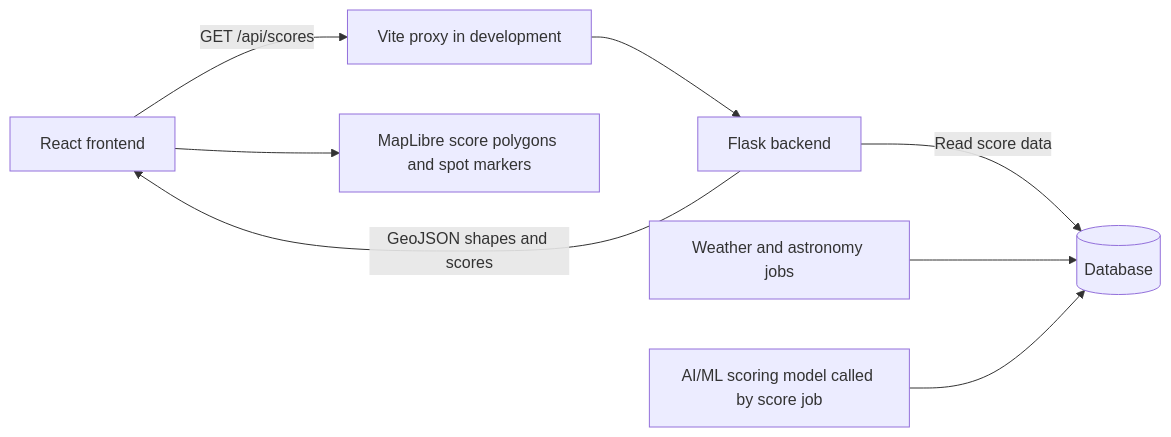
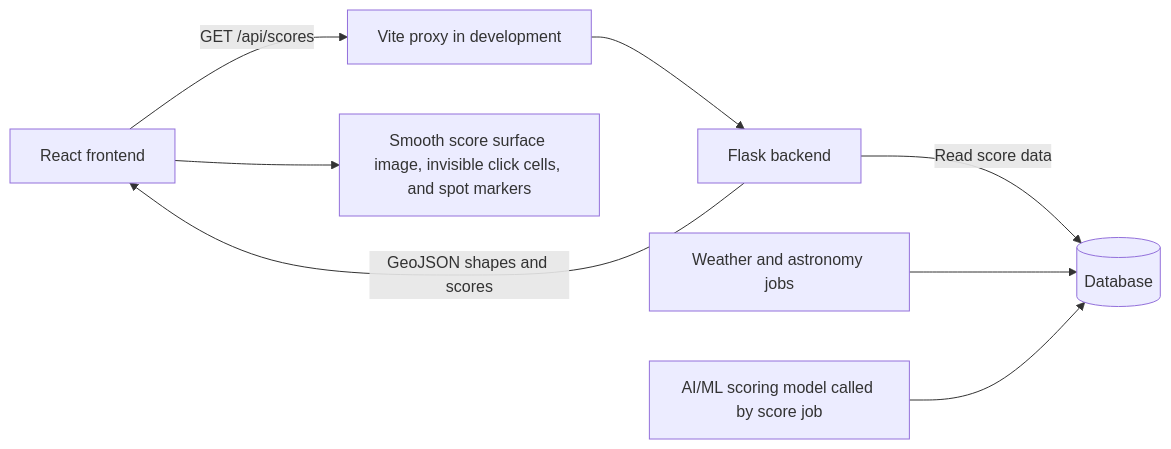
One commit to JRimpel/pleiades changed the diagram in frontend-documentation.md. Above: the diagram before and after it, drawn with Mermaid. The commit also changed other lines of this file and 32 other files, not shown here.

````diff
--- a/frontend-documentation.md
+++ b/frontend-documentation.md
@@ -145,10 +159,10 @@
 ```mermaid
 flowchart LR
     F[React frontend] -->|GET /api/scores| V[Vite proxy in development]
     V --> B[Flask backend]
     B -->|Read score data| D[(Database)]
     J[Weather and astronomy jobs] --> D
     M[AI/ML scoring model called by score job] --> D
     B -->|GeoJSON shapes and scores| F
-    F --> L[MapLibre score polygons and spot markers]
+    F --> L[Smooth score surface image, invisible click cells, and spot markers]
 ```
````
